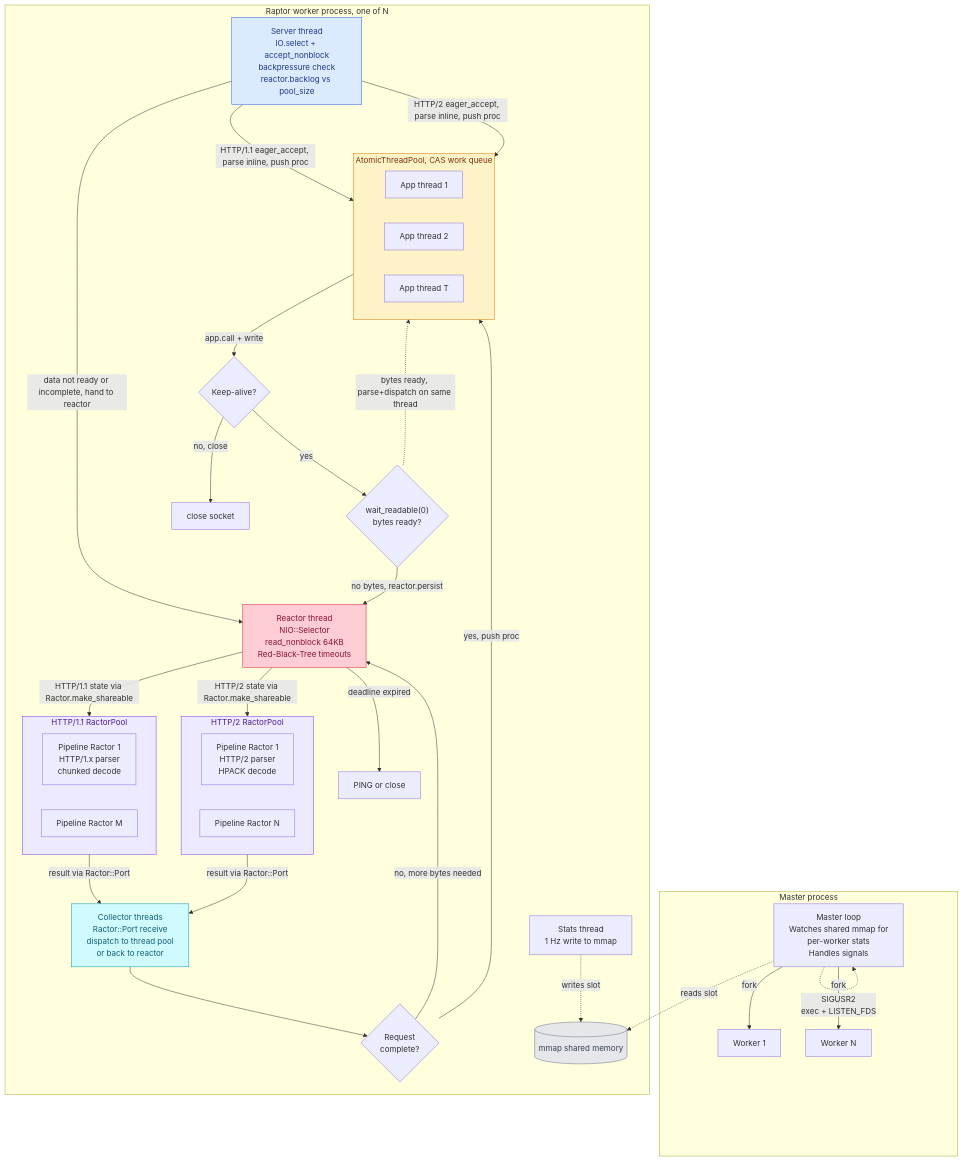
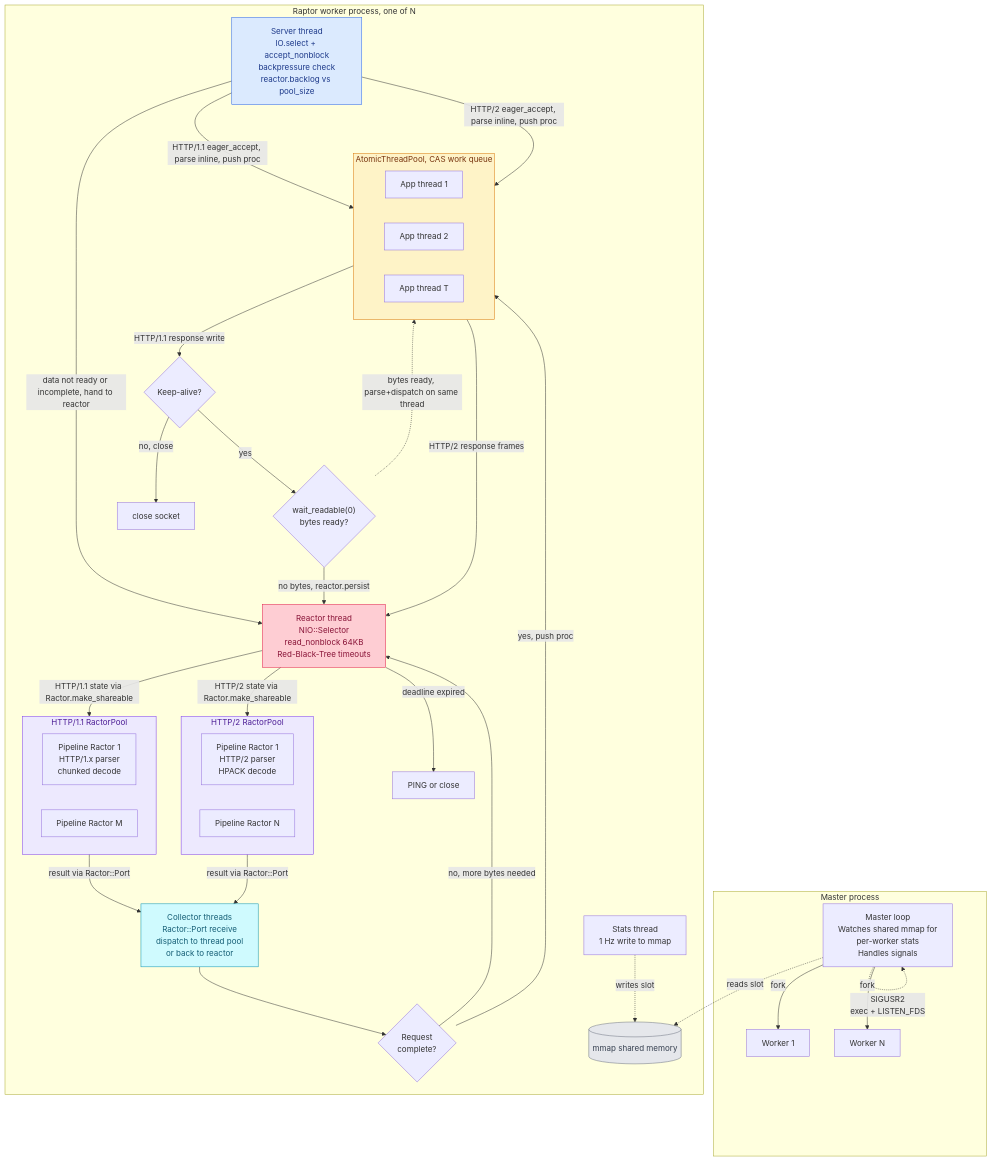
One commit to joshuay03/raptor changed the second of 4 diagrams in docs/raptor-vs-puma.md. Above: the diagram before and after it, drawn with Mermaid. The commit also changed other lines of this file and 6 other files, not shown here.

````diff
--- a/docs/raptor-vs-puma.md
+++ b/docs/raptor-vs-puma.md
@@ -363,74 +356,75 @@
 ```mermaid
 flowchart TB
     subgraph Master["Master process"]
         MM["Master loop<br/>Watches shared mmap for<br/>per-worker stats<br/>Handles signals"]
         MM -->|"fork"| WK1["Worker 1"]
         MM -->|"fork"| WKN["Worker N"]
         MM -.->|"SIGUSR2<br/>exec + LISTEN_FDS"| MM
     end
 
     subgraph Worker["Raptor worker process, one of N"]
         SRV["Server thread<br/>IO.select + accept_nonblock<br/>backpressure check<br/>reactor.backlog vs pool_size"]
 
         RCT["Reactor thread<br/>NIO::Selector<br/>read_nonblock 64KB<br/>Red-Black-Tree timeouts"]
 
         subgraph RP1["HTTP/1.1 RactorPool"]
             RW1["Pipeline Ractor 1<br/>HTTP/1.x parser<br/>chunked decode"]
             RWM["Pipeline Ractor M"]
         end
 
         subgraph RP2["HTTP/2 RactorPool"]
             RW2["Pipeline Ractor 1<br/>HTTP/2 parser<br/>HPACK decode"]
             RWN["Pipeline Ractor N"]
         end
 
         COL["Collector threads<br/>Ractor::Port receive<br/>dispatch to thread pool<br/>or back to reactor"]
 
         subgraph ATP["AtomicThreadPool, CAS work queue"]
             TR1["App thread 1"]
             TR2["App thread 2"]
             TR3["App thread T"]
         end
 
         STA["Stats thread<br/>1 Hz write to mmap"]
 
         CHK{"Request<br/>complete?"}
         KA{"Keep-alive?"}
         EAG{"wait_readable(0)<br/>bytes ready?"}
 
         SRV -->|"HTTP/1.1 eager_accept, parse inline, push proc"| ATP
         SRV -->|"HTTP/2 eager_accept, parse inline, push proc"| ATP
         SRV -->|"data not ready or incomplete, hand to reactor"| RCT
         RCT -->|"HTTP/1.1 state via Ractor.make_shareable"| RP1
         RCT -->|"HTTP/2 state via Ractor.make_shareable"| RP2
         RP1 -->|"result via Ractor::Port"| COL
         RP2 -->|"result via Ractor::Port"| COL
         COL --> CHK
         CHK -->|"no, more bytes needed"| RCT
         CHK -->|"yes, push proc"| ATP
-        ATP -->|"app.call + write"| KA
+        ATP -->|"HTTP/2 response frames"| RCT
+        ATP -->|"HTTP/1.1 response write"| KA
         KA -->|"no, close"| CLS["close socket"]
         KA -->|"yes"| EAG
         EAG -.->|"bytes ready, parse+dispatch on same thread"| ATP
         EAG -->|"no bytes, reactor.persist"| RCT
         RCT -->|"deadline expired"| TO["PING or close"]
 
         STA -.->|"writes slot"| SHM[("mmap shared memory")]
     end
 
     MM -.->|"reads slot"| SHM
 
     classDef accept fill:#dbeafe,stroke:#2563eb,color:#1e3a8a
     classDef reactor fill:#fecdd3,stroke:#e11d48,color:#881337
     classDef parse fill:#ede9fe,stroke:#7c3aed,color:#4c1d95
     classDef pool fill:#fef3c7,stroke:#d97706,color:#78350f
     classDef collector fill:#cffafe,stroke:#0891b2,color:#155e75
     classDef storage fill:#e5e7eb,stroke:#6b7280,color:#374151
     class SRV accept
     class RCT reactor
     class RP1 parse
     class RP2 parse
     class ATP pool
     class COL collector
     class SHM storage
 ```
````
